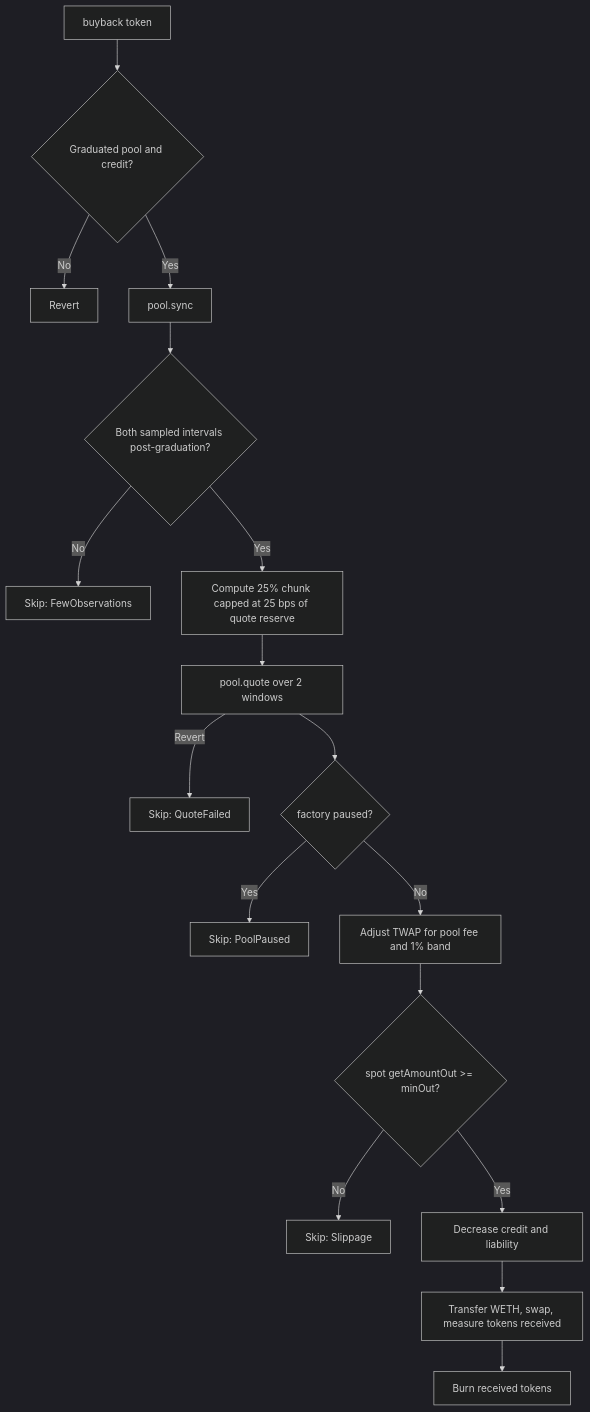
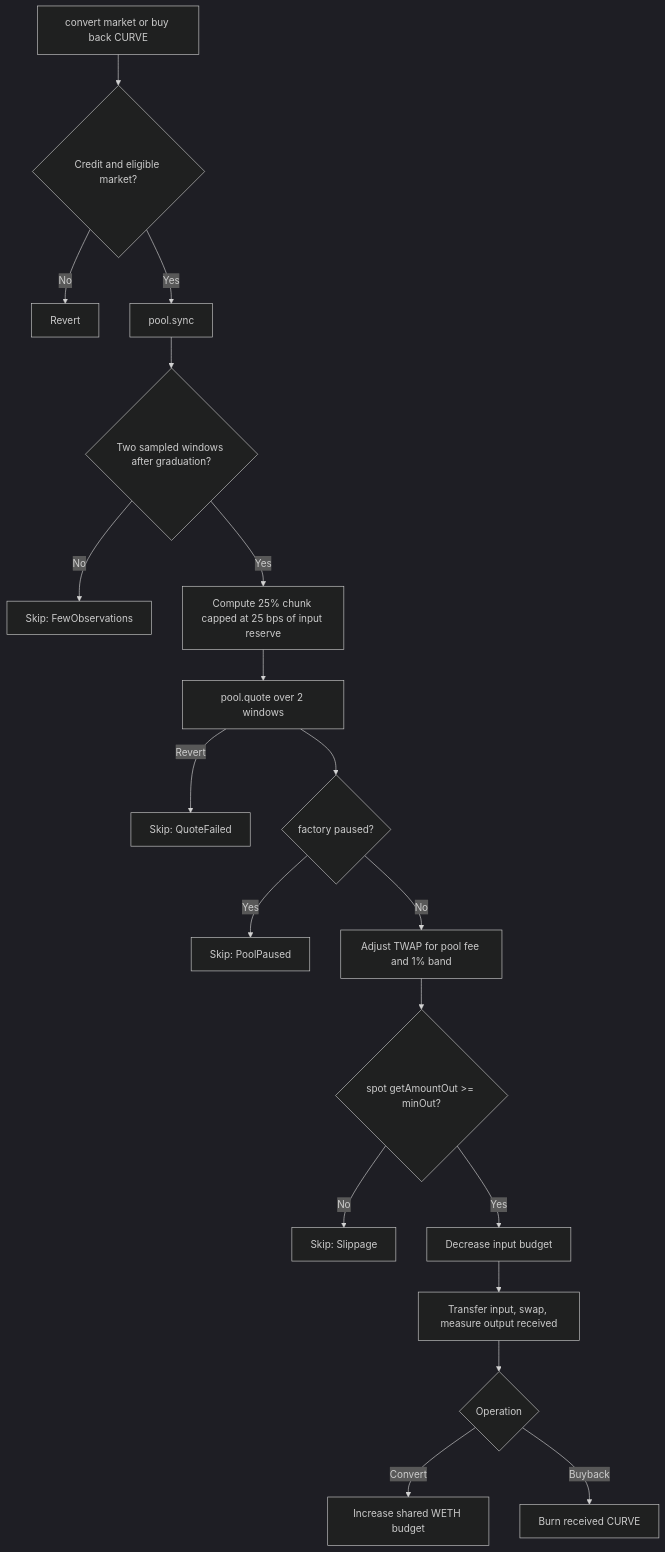
Before and after one commit to stagezerolabs/curveball.fun: the second of 2 diagrams in contracts/docs/integration-spec.md, drawn with Mermaid (dark theme). The commit also changed other lines of this file and 53 other files, not shown here.

````diff
--- a/contracts/docs/integration-spec.md
+++ b/contracts/docs/integration-spec.md
@@ -138,19 +156,21 @@
 ```mermaid
 flowchart TD
-    A[buyback token] --> B{Graduated pool and credit?}
+    A[convert market or buy back CURVE] --> B{Credit and eligible market?}
     B -->|No| R[Revert]
     B -->|Yes| C[pool.sync]
-    C --> D{Both sampled intervals post-graduation?}
+    C --> D{Two sampled windows after graduation?}
     D -->|No| S1[Skip: FewObservations]
-    D -->|Yes| E[Compute 25% chunk capped at 25 bps of quote reserve]
+    D -->|Yes| E[Compute 25% chunk capped at 25 bps of input reserve]
     E --> F[pool.quote over 2 windows]
     F -->|Revert| S2[Skip: QuoteFailed]
     F --> G{factory paused?}
     G -->|Yes| S3[Skip: PoolPaused]
     G -->|No| H[Adjust TWAP for pool fee and 1% band]
     H --> I{spot getAmountOut >= minOut?}
     I -->|No| S4[Skip: Slippage]
-    I -->|Yes| J[Decrease credit and liability]
-    J --> K[Transfer WETH, swap, measure tokens received]
-    K --> M[Burn received tokens]
+    I -->|Yes| J[Decrease input budget]
+    J --> K[Transfer input, swap, measure output received]
+    K --> M{Operation}
+    M -->|Convert| N[Increase shared WETH budget]
+    M -->|Buyback| O[Burn received CURVE]
 ```
````
